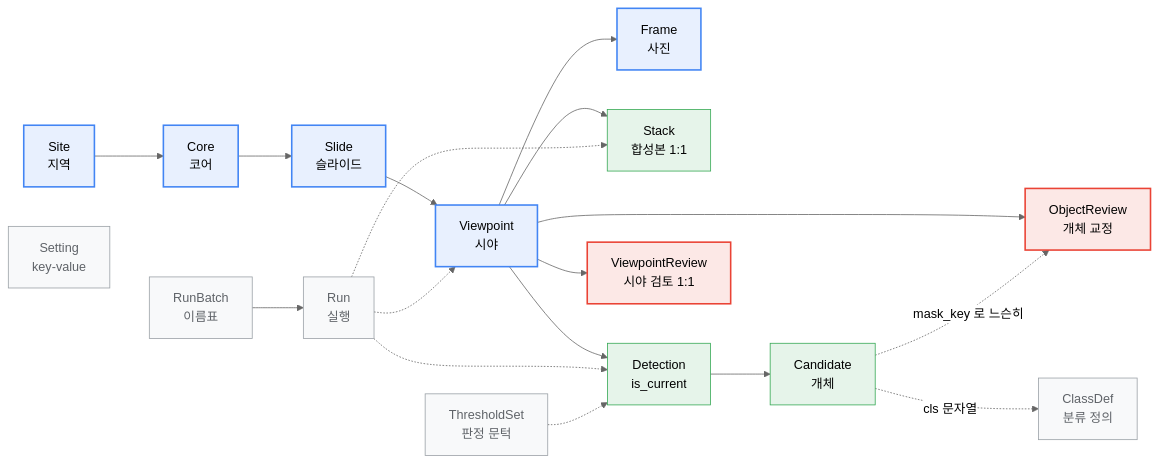
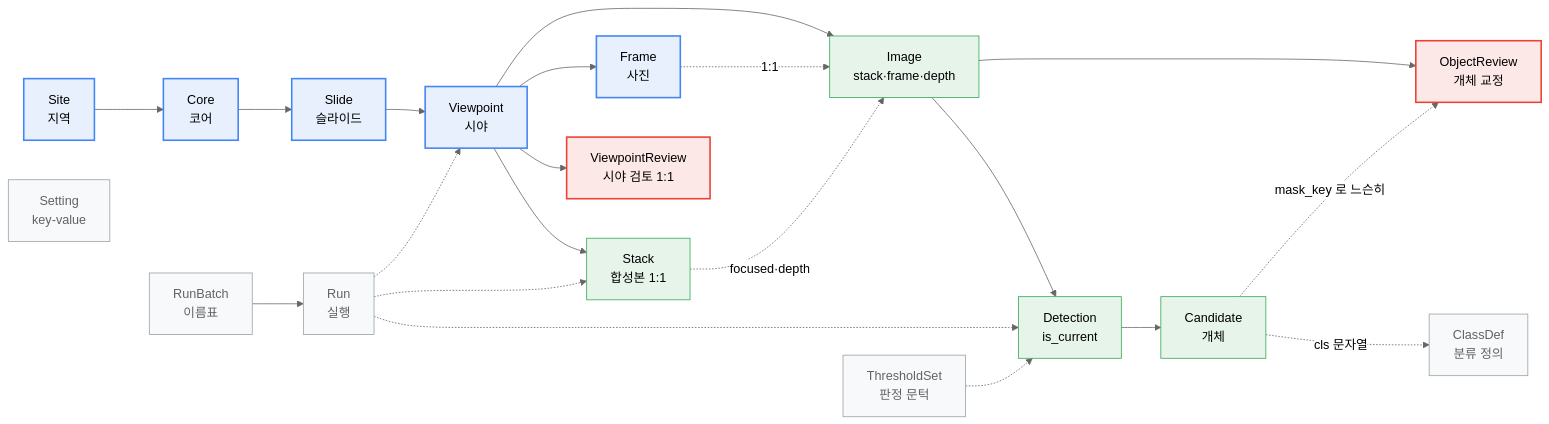
The first of 3 diagrams in docs/20260804_db-specification.md (jikhanjung/DiaRUGA), drawn with Mermaid (neutral theme) before and after one commit. The commit also changed other lines of this file and 23 other files, not shown here.

````diff
--- a/docs/20260804_db-specification.md
+++ b/docs/20260804_db-specification.md
@@ -75,26 +75,28 @@
 ```mermaid
 flowchart LR
     Site[Site<br/>지역] --> Core[Core<br/>코어] --> Slide[Slide<br/>슬라이드]
     Slide --> VP[Viewpoint<br/>시야] --> Frame[Frame<br/>사진]
     VP --> Stack[Stack<br/>합성본 1:1]
-    VP --> Det[Detection<br/>is_current] --> Cand[Candidate<br/>개체]
+    VP --> Img[Image<br/>stack·frame·depth] --> Det[Detection<br/>is_current] --> Cand[Candidate<br/>개체]
+    Frame -. "1:1" .-> Img
+    Stack -. "focused·depth" .-> Img
     VP --> VR[ViewpointReview<br/>시야 검토 1:1]
-    VP --> OR[ObjectReview<br/>개체 교정]
+    Img --> OR[ObjectReview<br/>개체 교정]
     Cand -. "mask_key 로 느슨히" .-> OR
     Cand -. "cls 문자열" .-> CD[ClassDef<br/>분류 정의]
     RB[RunBatch<br/>이름표] --> Run[Run<br/>실행]
     Run -.-> Det
     Run -.-> Stack
     Run -.-> VP
     TS[ThresholdSet<br/>판정 문턱] -.-> Det
     ST[Setting<br/>key-value]
 
     classDef stem fill:#e8f0fe,stroke:#4285f4,stroke-width:2px
     classDef human fill:#fce8e6,stroke:#ea4335,stroke-width:2px
     classDef det fill:#e6f4ea,stroke:#34a853
     classDef side fill:#f8f9fa,stroke:#9aa0a6,color:#5f6368
     class Site,Core,Slide,VP,Frame stem
     class OR,VR human
-    class Det,Cand,Stack det
+    class Det,Cand,Stack,Img det
     class RB,Run,TS,CD,ST side
 ```
````
